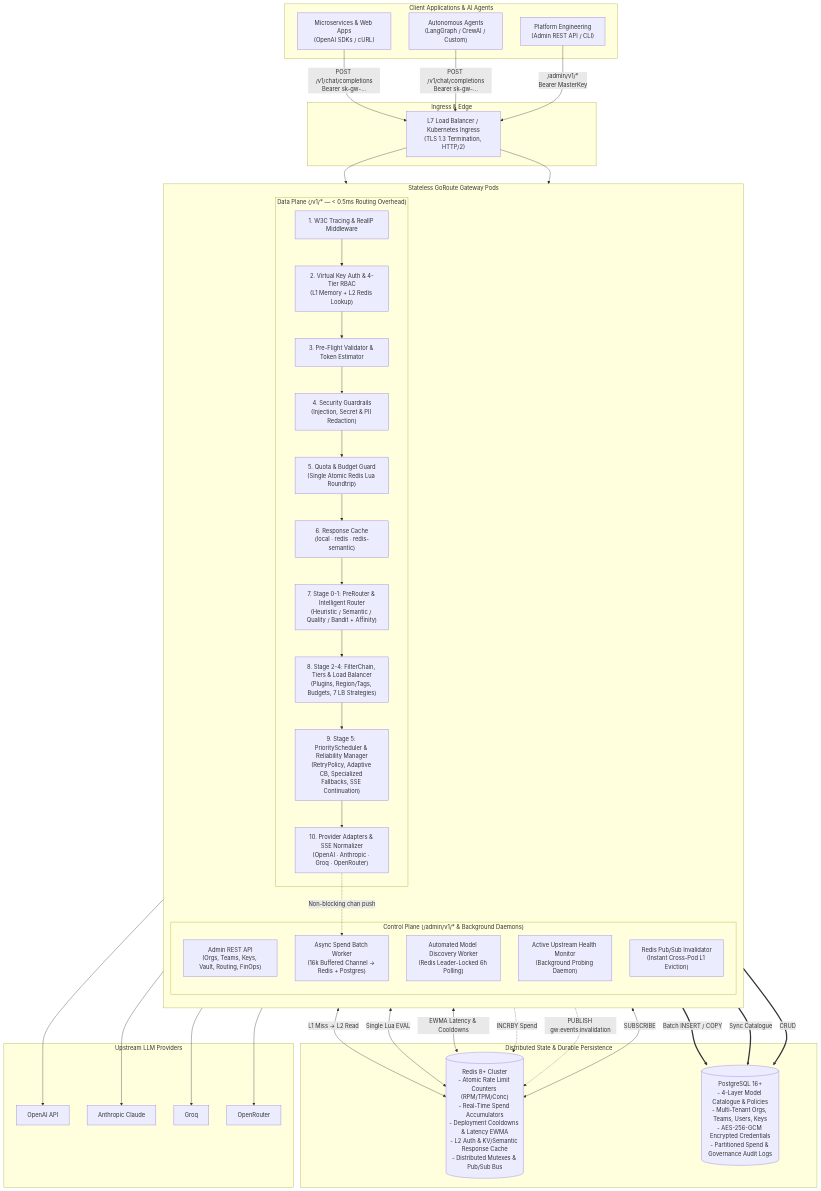
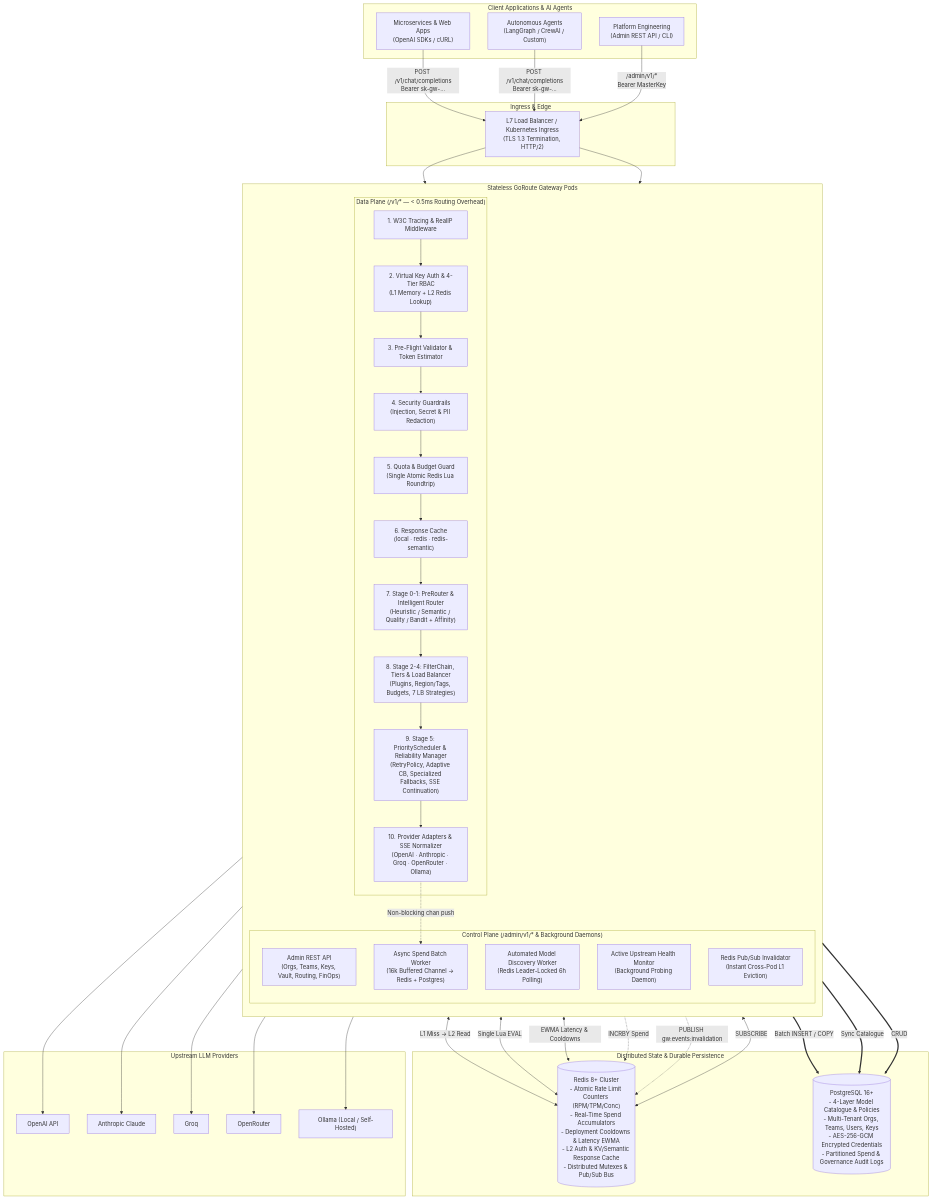
The first of 6 diagrams in docs/INTERNALS.md (goroute-ai/ai-gateway-go), drawn with Mermaid before and after one commit. The commit also changed other lines of this file and 103 other files, not shown here.

First line of the commit message:
feat(provider,ui): add first-class OpenAPI-first Ollama provider & security hardening (#185)

````diff
--- a/docs/INTERNALS.md
+++ b/docs/INTERNALS.md
@@ -43,66 +43,67 @@
 ```mermaid
 flowchart TB
     subgraph Clients["Client Applications & AI Agents"]
         App1["Microservices & Web Apps\n(OpenAI SDKs / cURL)"]
         App2["Autonomous Agents\n(LangGraph / CrewAI / Custom)"]
         Admin["Platform Engineering\n(Admin REST API / CLI)"]
     end
 
     subgraph Edge["Ingress & Edge"]
         LB["L7 Load Balancer / Kubernetes Ingress\n(TLS 1.3 Termination, HTTP/2)"]
     end
 
     subgraph Cluster["Stateless GoRoute Gateway Pods"]
         direction TB
         subgraph DataPlane["Data Plane (/v1/* — < 0.5ms Routing Overhead)"]
             TraceMW["1. W3C Tracing & RealIP Middleware"]
             AuthMW["2. Virtual Key Auth & 4-Tier RBAC\n(L1 Memory + L2 Redis Lookup)"]
             ValidMW["3. Pre-Flight Validator & Token Estimator"]
             GuardMW["4. Security Guardrails\n(Injection, Secret & PII Redaction)"]
             RateMW["5. Quota & Budget Guard\n(Single Atomic Redis Lua Roundtrip)"]
             CacheMW["6. Response Cache\n(local · redis · redis-semantic)"]
             Stage1["7. Stage 0-1: PreRouter & Intelligent Router\n(Heuristic / Semantic / Quality / Bandit + Affinity)"]
             Stage2["8. Stage 2-4: FilterChain, Tiers & Load Balancer\n(Plugins, Region/Tags, Budgets, 7 LB Strategies)"]
             RelMgr["9. Stage 5: PriorityScheduler & Reliability Manager\n(RetryPolicy, Adaptive CB, Specialized Fallbacks, SSE Continuation)"]
-            Adapters["10. Provider Adapters & SSE Normalizer\n(OpenAI · Anthropic · Groq · OpenRouter)"]
+            Adapters["10. Provider Adapters & SSE Normalizer\n(OpenAI · Anthropic · Groq · OpenRouter · Ollama)"]
         end
 
         subgraph ControlPlane["Control Plane (/admin/v1/* & Background Daemons)"]
             AdminAPI["Admin REST API\n(Orgs, Teams, Keys, Vault, Routing, FinOps)"]
             DiscoveryWorker["Automated Model Discovery Worker\n(Redis Leader-Locked 6h Polling)"]
             HealthMon["Active Upstream Health Monitor\n(Background Probing Daemon)"]
             SpendWorker["Async Spend Batch Worker\n(16k Buffered Channel -> Redis + Postgres)"]
             PubSub["Redis Pub/Sub Invalidator\n(Instant Cross-Pod L1 Eviction)"]
         end
     end
 
     subgraph BackingStores["Distributed State & Durable Persistence"]
         Redis[("Redis 8+ Cluster\n- Atomic Rate Limit Counters (RPM/TPM/Conc)\n- Real-Time Spend Accumulators\n- Deployment Cooldowns & Latency EWMA\n- L2 Auth & KV/Semantic Response Cache\n- Distributed Mutexes & Pub/Sub Bus")]
         Postgres[("PostgreSQL 16+\n- 4-Layer Model Catalogue & Policies\n- Multi-Tenant Orgs, Teams, Users, Keys\n- AES-256-GCM Encrypted Credentials\n- Partitioned Spend & Governance Audit Logs")]
     end
 
     subgraph Upstreams["Upstream LLM Providers"]
         OpenAI["OpenAI API"]
         Anthropic["Anthropic Claude"]
         Groq["Groq"]
         OpenRouter["OpenRouter"]
+        Ollama["Ollama (Local / Self-Hosted)"]
     end
 
     App1 & App2 -->|"POST /v1/chat/completions\nBearer sk-gw-..."| LB
     Admin -->|"/admin/v1/*\nBearer MasterKey"| LB
     LB --> TraceMW --> AuthMW --> ValidMW --> GuardMW --> RateMW --> CacheMW --> Stage1 --> Stage2 --> RelMgr --> Adapters
     LB --> AdminAPI
 
     AuthMW <-->|"L1 Miss -> L2 Read"| Redis
     RateMW <-->|"Single Lua EVAL"| Redis
     Stage2 <-->|"EWMA Latency & Cooldowns"| Redis
     Adapters -.->|"Non-blocking chan push"| SpendWorker
     SpendWorker ==>|"Batch INSERT / COPY"| Postgres
     SpendWorker -.->|"INCRBY Spend"| Redis
     DiscoveryWorker ==>|"Sync Catalogue"| Postgres
     AdminAPI ==>|"CRUD"| Postgres
     AdminAPI -.->|"PUBLISH gw:events:invalidation"| Redis
     PubSub <-->|"SUBSCRIBE"| Redis
 
-    Adapters --> OpenAI & Anthropic & Groq & OpenRouter
+    Adapters --> OpenAI & Anthropic & Groq & OpenRouter & Ollama
 ```
````
